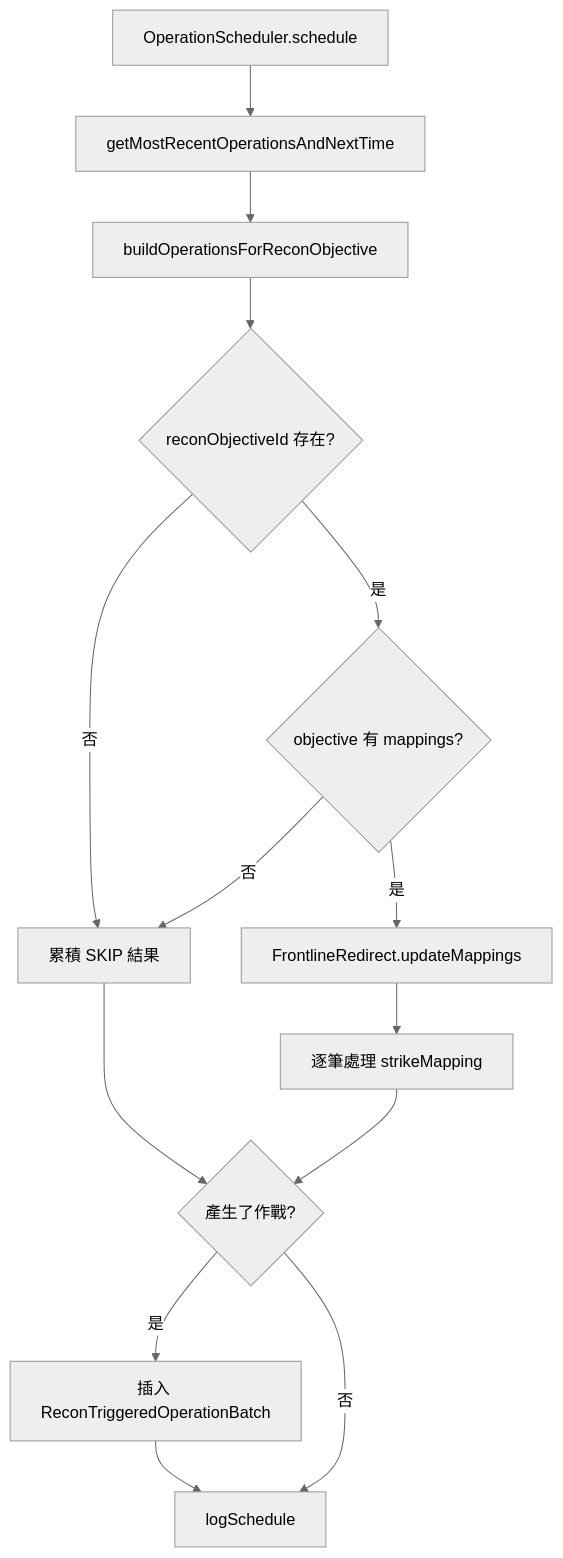
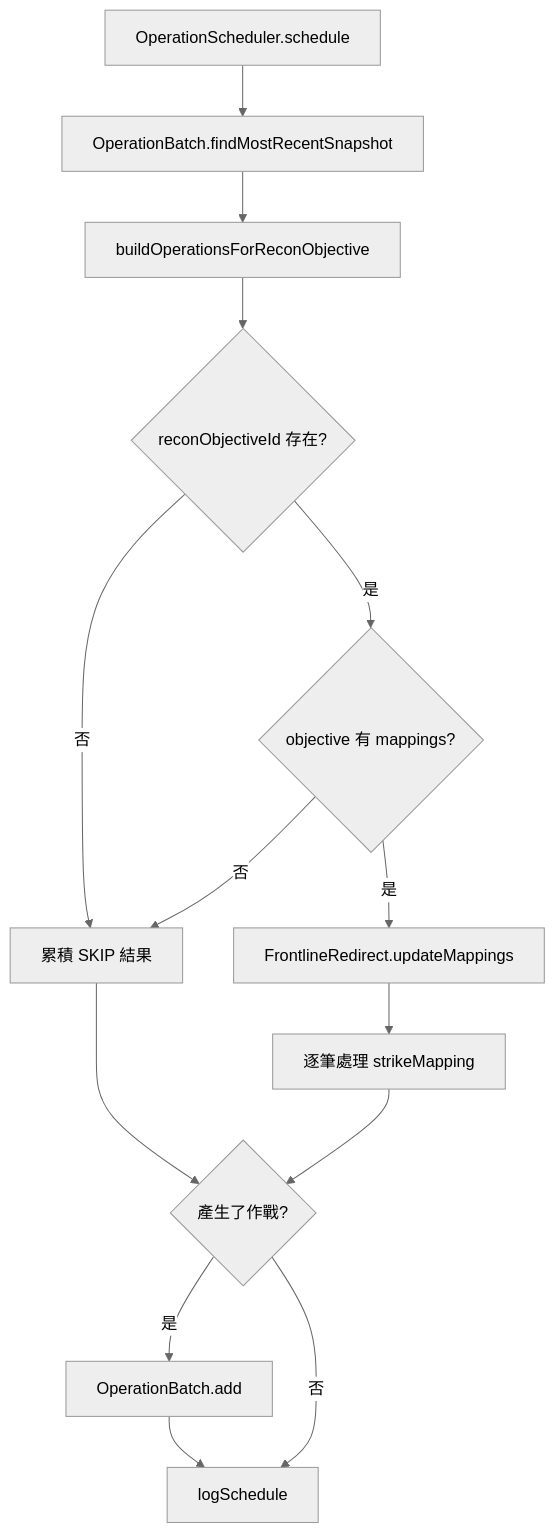
The first of 2 diagrams in docs/strikePlanner/operationScheduler.md (pullupjumper/formosa-in-flames), drawn with Mermaid (neutral theme) before and after one commit. The commit also changed other lines of this file and 11 other files, not shown here.

First line of the commit message:
docs(strikePlanner): document OperationBatch / DynamicPlan / OperationType

````diff
--- a/docs/strikePlanner/operationScheduler.md
+++ b/docs/strikePlanner/operationScheduler.md
@@ -25,23 +25,23 @@
 ```mermaid
 flowchart TD
     START["OperationScheduler.schedule"]
-    SNAPSHOT["getMostRecentOperationsAndNextTime"]
+    SNAPSHOT["OperationBatch.findMostRecentSnapshot"]
     BUILD["buildOperationsForReconObjective"]
     OBJECTIVE{"reconObjectiveId 存在?"}
     MAPPING{"objective 有 mappings?"}
     REDIRECT["FrontlineRedirect.updateMappings"]
     LOOP["逐筆處理 strikeMapping"]
     INSERT{"產生了作戰?"}
-    BATCH["插入 ReconTriggeredOperationBatch"]
+    BATCH["OperationBatch.add"]
     LOG["logSchedule"]
     SKIP["累積 SKIP 結果"]
 
     START --> SNAPSHOT --> BUILD --> OBJECTIVE
     OBJECTIVE -->|否| SKIP
     OBJECTIVE -->|是| MAPPING
     MAPPING -->|否| SKIP
     MAPPING -->|是| REDIRECT --> LOOP --> INSERT
     SKIP --> INSERT
     INSERT -->|是| BATCH --> LOG
     INSERT -->|否| LOG
 ```
````
